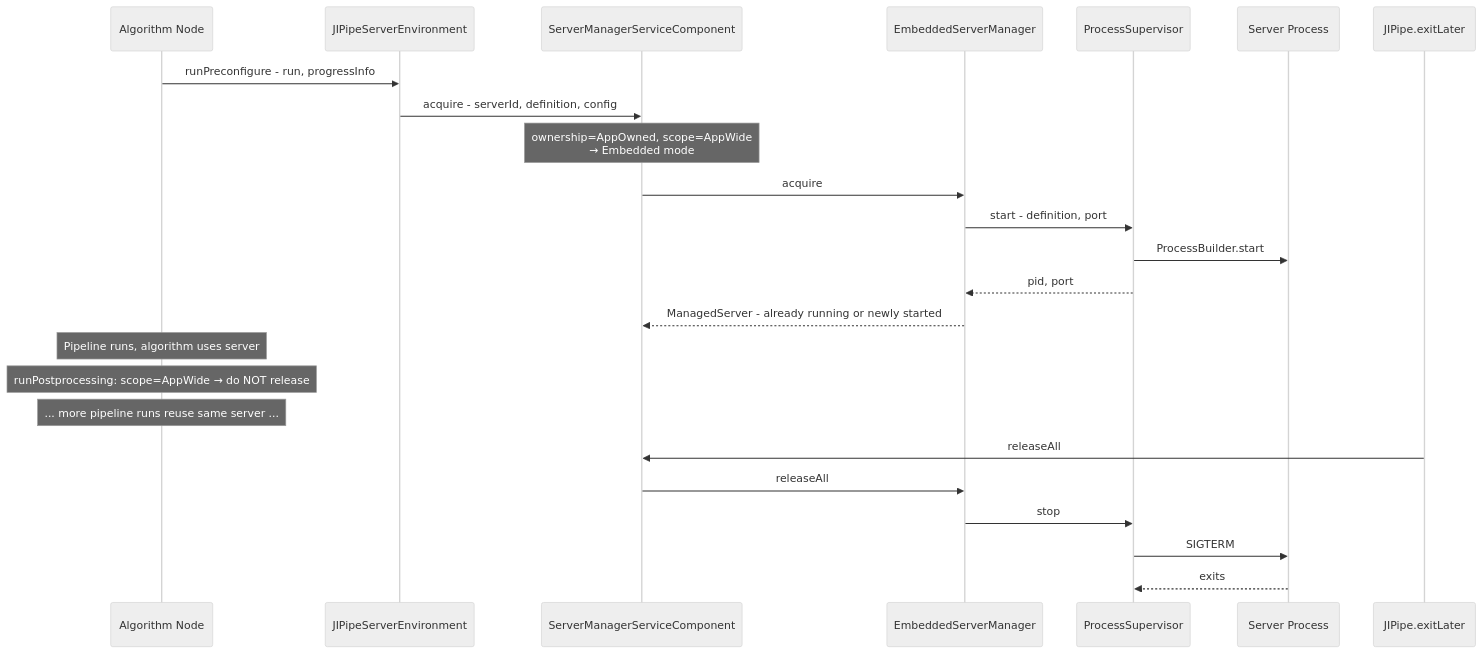
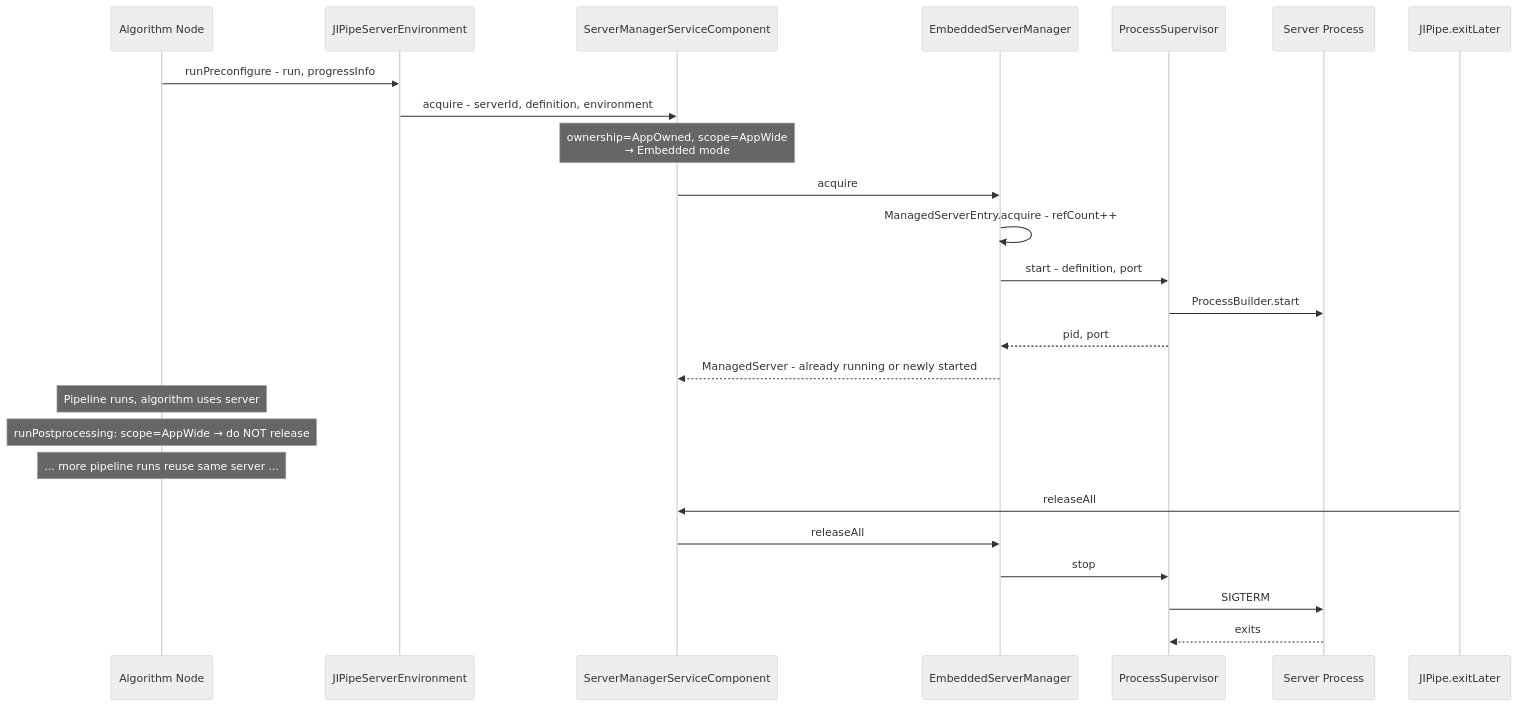
The fifth of 12 diagrams in docs/plan-external-server-processes.md (applied-systems-biology/jipipe), drawn with Mermaid (neutral theme) before and after one commit. The commit also changed other lines of this file, not shown here.

Commit message:
External server processes implementation plan

````diff
--- a/docs/plan-external-server-processes.md
+++ b/docs/plan-external-server-processes.md
@@ -990,30 +1383,31 @@
 ```mermaid
 sequenceDiagram
     participant Node as Algorithm Node
     participant Env as JIPipeServerEnvironment
     participant SC as ServerManagerServiceComponent
     participant ESM as EmbeddedServerManager
     participant PS as ProcessSupervisor
     participant Srv as Server Process
     participant Exit as JIPipe.exitLater
 
     Node->>Env: runPreconfigure - run, progressInfo
-    Env->>SC: acquire - serverId, definition, config
+    Env->>SC: acquire - serverId, definition, environment
     Note over SC: ownership=AppOwned, scope=AppWide<br/>→ Embedded mode
     SC->>ESM: acquire
+    ESM->>ESM: ManagedServerEntry.acquire - refCount++
     ESM->>PS: start - definition, port
     PS->>Srv: ProcessBuilder.start
     PS-->>ESM: pid, port
     ESM-->>SC: ManagedServer - already running or newly started
 
     Note over Node: Pipeline runs, algorithm uses server
     Note over Node: runPostprocessing: scope=AppWide → do NOT release
 
     Note over Node: ... more pipeline runs reuse same server ...
 
     Exit->>SC: releaseAll
     SC->>ESM: releaseAll
     ESM->>PS: stop
     PS->>Srv: SIGTERM
     Srv-->>PS: exits
 ```
````
